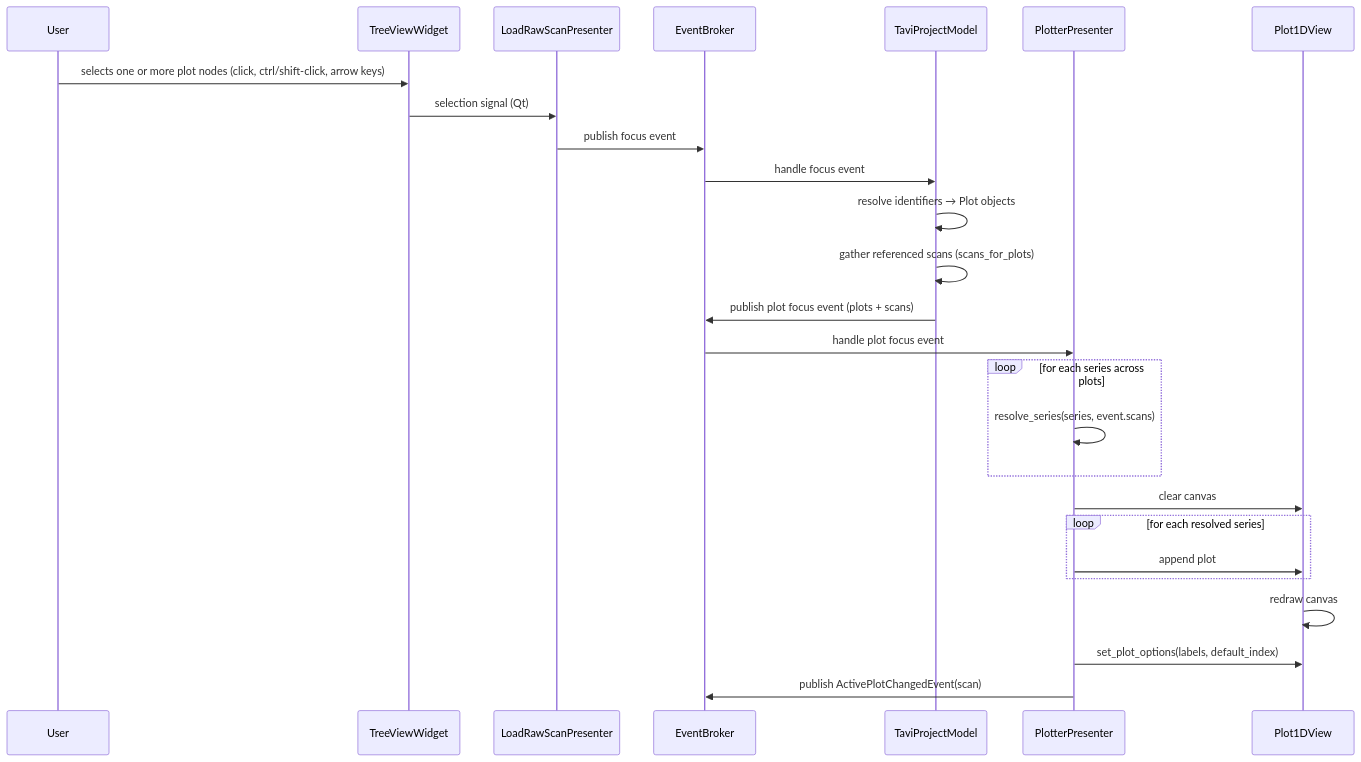
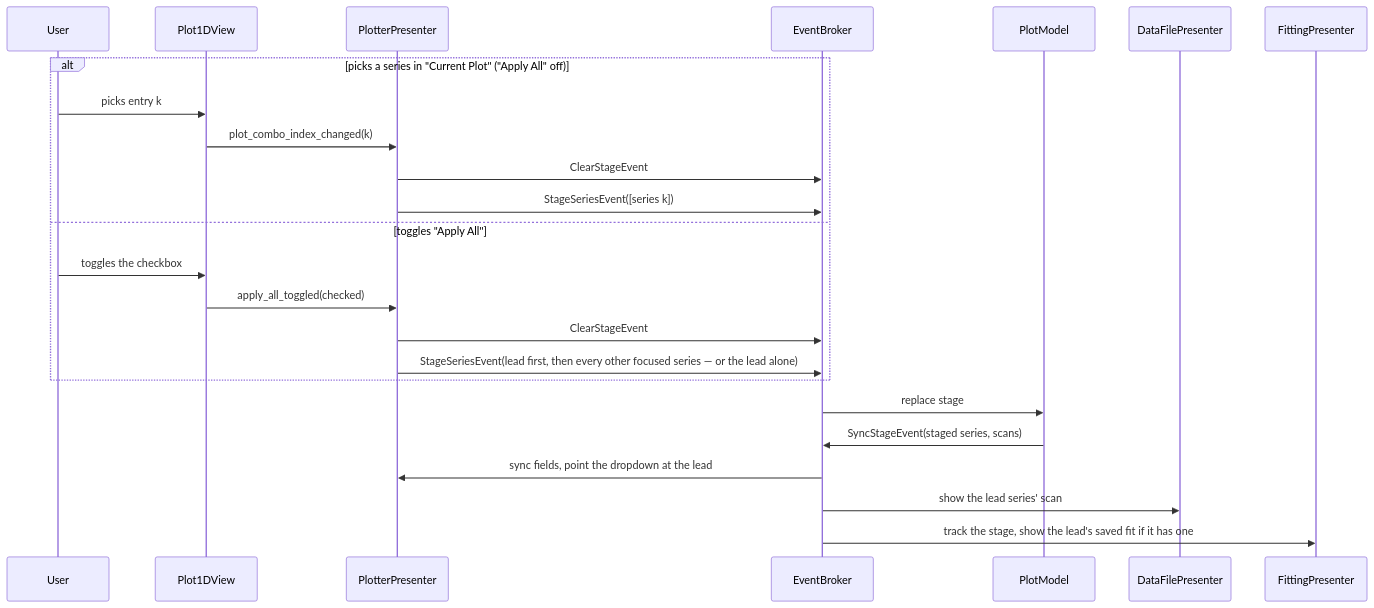
Before and after one commit to neutrons/TAVI: the second of 4 diagrams in docs/source/design/frontend/visualization_flow.rst, drawn with Mermaid. The commit also changed other lines of this file and 43 other files, not shown here.

```diff
--- a/docs/source/design/frontend/visualization_flow.rst
+++ b/docs/source/design/frontend/visualization_flow.rst
@@ -110,31 +147,27 @@
 .. mermaid::
 
     sequenceDiagram
         participant User
-        participant TreeViewWidget
-        participant LoadRawScanPresenter
+        participant Plot1DView
+        participant PlotterPresenter
         participant EventBroker
-        participant TaviProjectModel
-        participant PlotterPresenter
-        participant Plot1DView
+        participant PlotModel
+        participant DataFilePresenter
+        participant FittingPresenter
 
-        User ->> TreeViewWidget: selects one or more plot nodes (click, ctrl/shift-click, arrow keys)
-        TreeViewWidget ->> LoadRawScanPresenter: selection signal (Qt)
-        LoadRawScanPresenter ->> EventBroker: publish focus event
-
-        EventBroker ->> TaviProjectModel: handle focus event
-        TaviProjectModel ->> TaviProjectModel: resolve identifiers → Plot objects
-        TaviProjectModel ->> TaviProjectModel: gather referenced scans (scans_for_plots)
-        TaviProjectModel ->> EventBroker: publish plot focus event (plots + scans)
-
-        EventBroker ->> PlotterPresenter: handle plot focus event
-        loop for each series across plots
-            PlotterPresenter ->> PlotterPresenter: resolve_series(series, event.scans)
+        alt picks a series in "Current Plot" ("Apply All" off)
+            User ->> Plot1DView: picks entry k
+            Plot1DView ->> PlotterPresenter: plot_combo_index_changed(k)
+            PlotterPresenter ->> EventBroker: ClearStageEvent
+            PlotterPresenter ->> EventBroker: StageSeriesEvent([series k])
+        else toggles "Apply All"
+            User ->> Plot1DView: toggles the checkbox
+            Plot1DView ->> PlotterPresenter: apply_all_toggled(checked)
+            PlotterPresenter ->> EventBroker: ClearStageEvent
+            PlotterPresenter ->> EventBroker: StageSeriesEvent(lead first, then every other focused series — or the lead alone)
         end
-        PlotterPresenter ->> Plot1DView: clear canvas
-        loop for each resolved series
-            PlotterPresenter ->> Plot1DView: append plot
-        end
-        Plot1DView ->> Plot1DView: redraw canvas
-        PlotterPresenter ->> Plot1DView: set_plot_options(labels, default_index)
-        PlotterPresenter ->> EventBroker: publish ActivePlotChangedEvent(scan)
+        EventBroker ->> PlotModel: replace stage
+        PlotModel ->> EventBroker: SyncStageEvent(staged series, scans)
+        EventBroker ->> PlotterPresenter: sync fields, point the dropdown at the lead
+        EventBroker ->> DataFilePresenter: show the lead series' scan
+        EventBroker ->> FittingPresenter: track the stage, show the lead's saved fit if it has one
```
